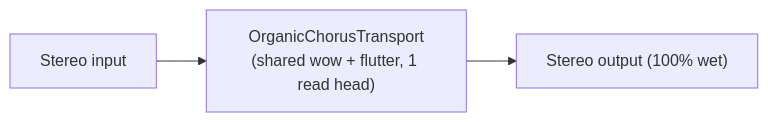
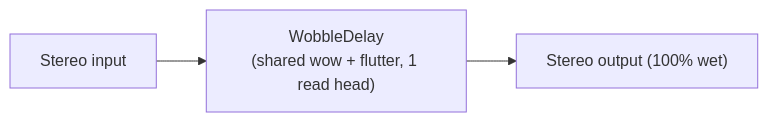
The diagram in examples/pathfinder/README.md (scjurgen/AbacDsp), drawn with Mermaid before and after one commit. The commit also changed other lines of this file and 14 other files, not shown here.

First line of the commit message:
Rename OrganicChorusTransport to WobbleDelay

````diff
--- a/examples/pathfinder/README.md
+++ b/examples/pathfinder/README.md
@@ -16,5 +16,5 @@
 ```mermaid
 flowchart LR
-    IN["Stereo input"] --> T["OrganicChorusTransport\n(shared wow + flutter, 1 read head)"]
+    IN["Stereo input"] --> T["WobbleDelay\n(shared wow + flutter, 1 read head)"]
     T --> OUT["Stereo output (100% wet)"]
 ```
````
